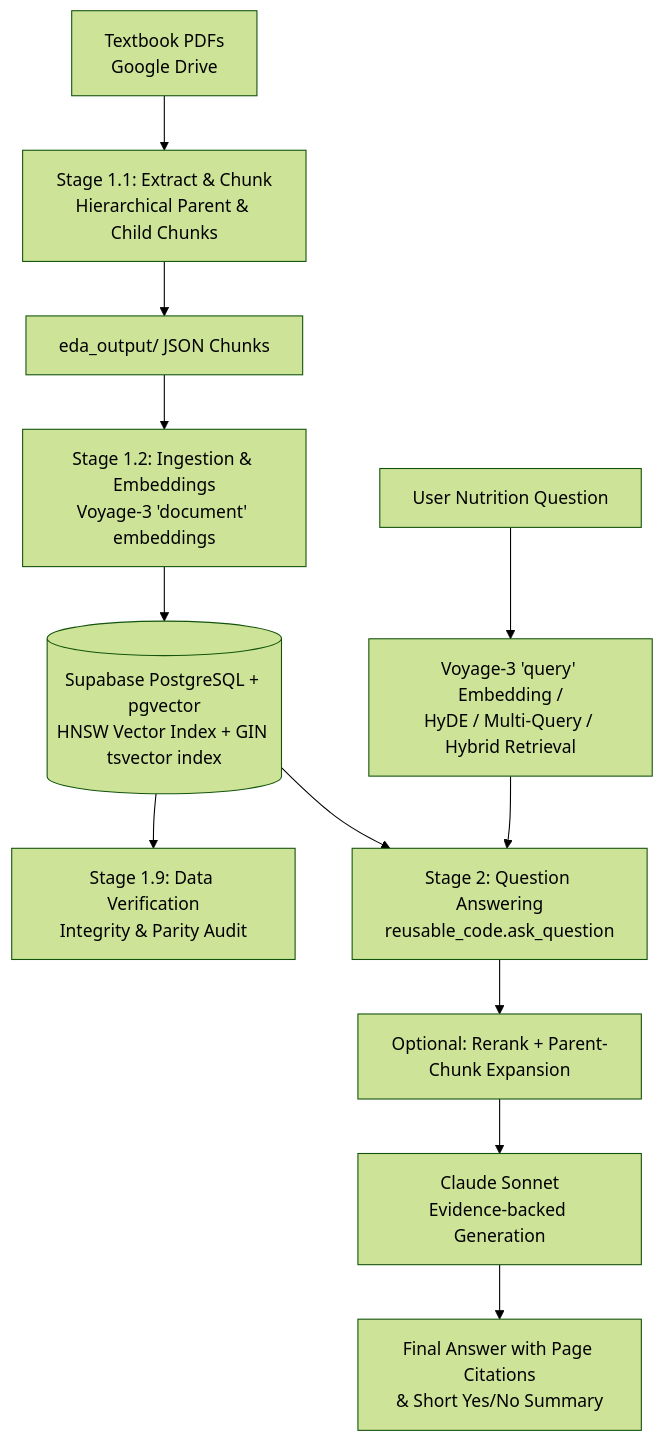
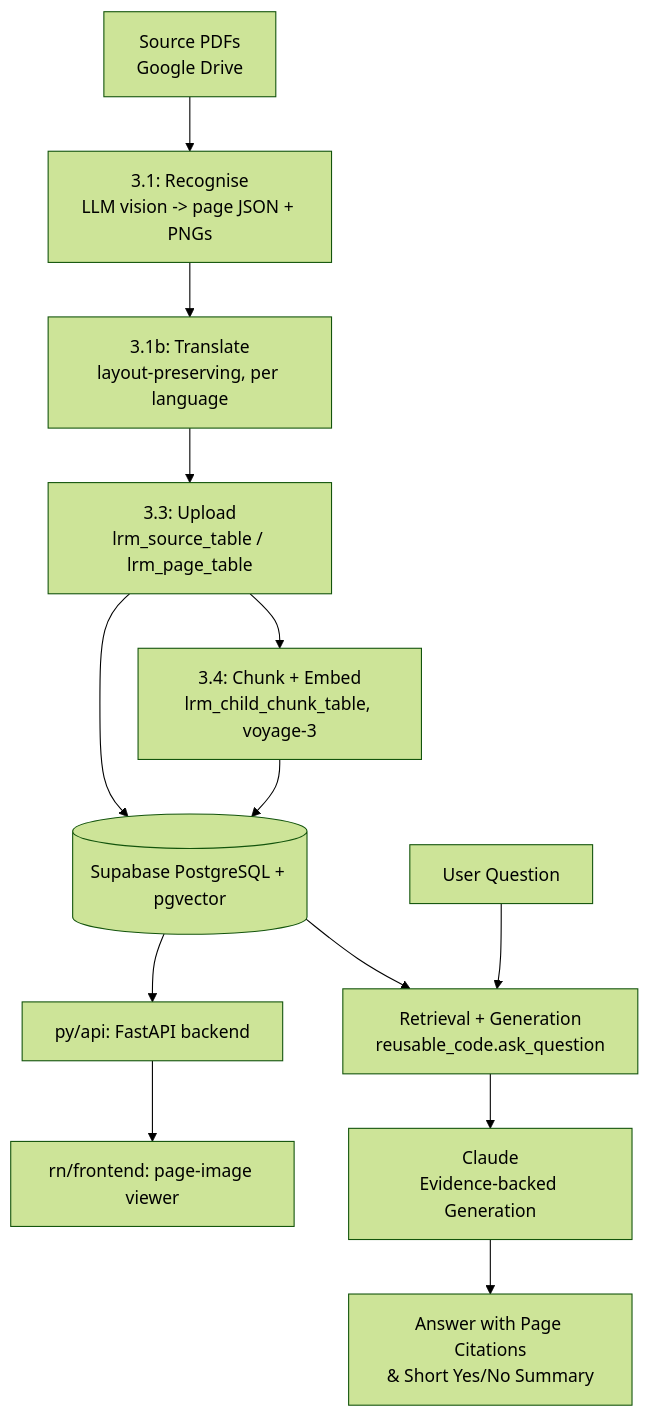
One commit to fotomain/RAG11-nutriciology changed the diagram in README.md. Above: the diagram before and after it, drawn with Mermaid (forest theme). The commit also changed other lines of this file and 27643 other files, not shown here.

````diff
--- a/README.md
+++ b/README.md
@@ -15,14 +12,15 @@
 ```mermaid
 flowchart TD
-    A[Textbook PDFs<br/>Google Drive] --> B[Stage 1.1: Extract & Chunk<br/>Hierarchical Parent & Child Chunks]
-    B --> C[eda_output/ JSON Chunks]
-    C --> D[Stage 1.2: Ingestion & Embeddings<br/>Voyage-3 'document' embeddings]
-    D --> E[(Supabase PostgreSQL + pgvector<br/>HNSW Vector Index + GIN tsvector index)]
-    E --> F[Stage 1.9: Data Verification<br/>Integrity & Parity Audit]
-    E --> G[Stage 2: Question Answering<br/>reusable_code.ask_question]
-    H[User Nutrition Question] --> I[Voyage-3 'query' Embedding /<br/>HyDE / Multi-Query / Hybrid Retrieval]
-    I --> G
-    G --> R[Optional: Rerank + Parent-Chunk Expansion]
-    R --> J[Claude Sonnet<br/>Evidence-backed Generation]
-    J --> K[Final Answer with Page Citations<br/>& Short Yes/No Summary]
+    A[Source PDFs<br/>Google Drive] --> B[3.1: Recognise<br/>LLM vision -> page JSON + PNGs]
+    B --> C[3.1b: Translate<br/>layout-preserving, per language]
+    C --> D[3.3: Upload<br/>lrm_source_table / lrm_page_table]
+    D --> E[(Supabase PostgreSQL + pgvector)]
+    D --> F[3.4: Chunk + Embed<br/>lrm_child_chunk_table, voyage-3]
+    F --> E
+    E --> G[py/api: FastAPI backend]
+    G --> H[rn/frontend: page-image viewer]
+    E --> I[Retrieval + Generation<br/>reusable_code.ask_question]
+    J[User Question] --> I
+    I --> K[Claude<br/>Evidence-backed Generation]
+    K --> L[Answer with Page Citations<br/>& Short Yes/No Summary]
 ```
````
